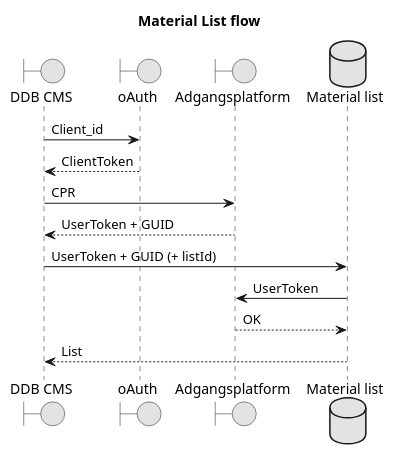
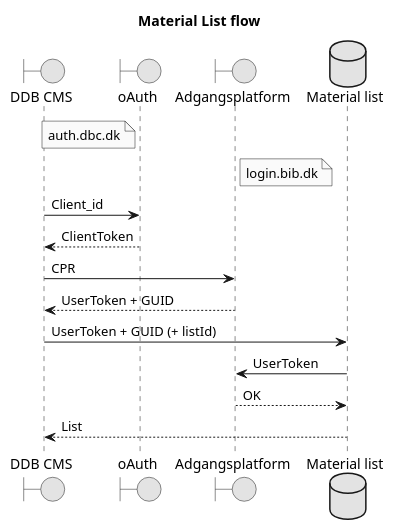
One commit to danskernesdigitalebibliotek/plantuml changed the diagram in docs/listServices/materialListFlow.puml. Above: the diagram before and after it, drawn with PlantUML.

Commit message:
Host names added as comments

```diff
--- a/docs/listServices/materialListFlow.puml
+++ b/docs/listServices/materialListFlow.puml
@@ -1,25 +1,28 @@
 @startuml						
 title   Material List flow
 						
 ' Skinparams '						
 skinparam monochrome true						
 'skinparam handwritten true						
 
 
 boundary "DDB CMS"
 boundary "oAuth"
 boundary "Adgangsplatform"
 database "Material list"
 
+note left of oAuth : auth.dbc.dk
+note right of Adgangsplatform : login.bib.dk
+
 "DDB CMS" -> "oAuth" : Client_id
 "oAuth" --> "DDB CMS" : ClientToken
 
 "DDB CMS" -> "Adgangsplatform" : CPR
 "Adgangsplatform" --> "DDB CMS": UserToken + GUID
 
 "DDB CMS" -> "Material list" : UserToken + GUID (+ listId)
 "Material list" -> "Adgangsplatform" : UserToken
 "Adgangsplatform" --> "Material list" : OK 
 "Material list" --> "DDB CMS" : List
 
 @enduml
```
